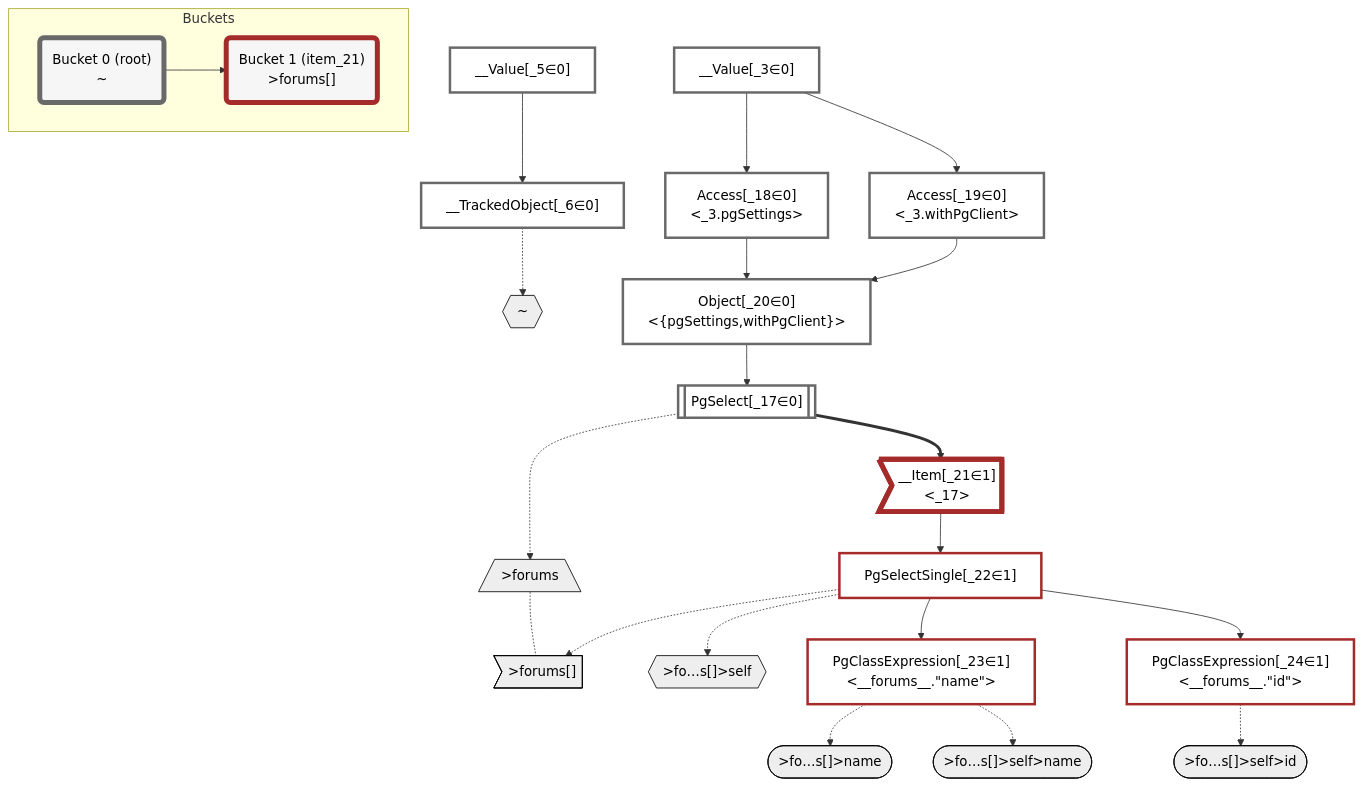
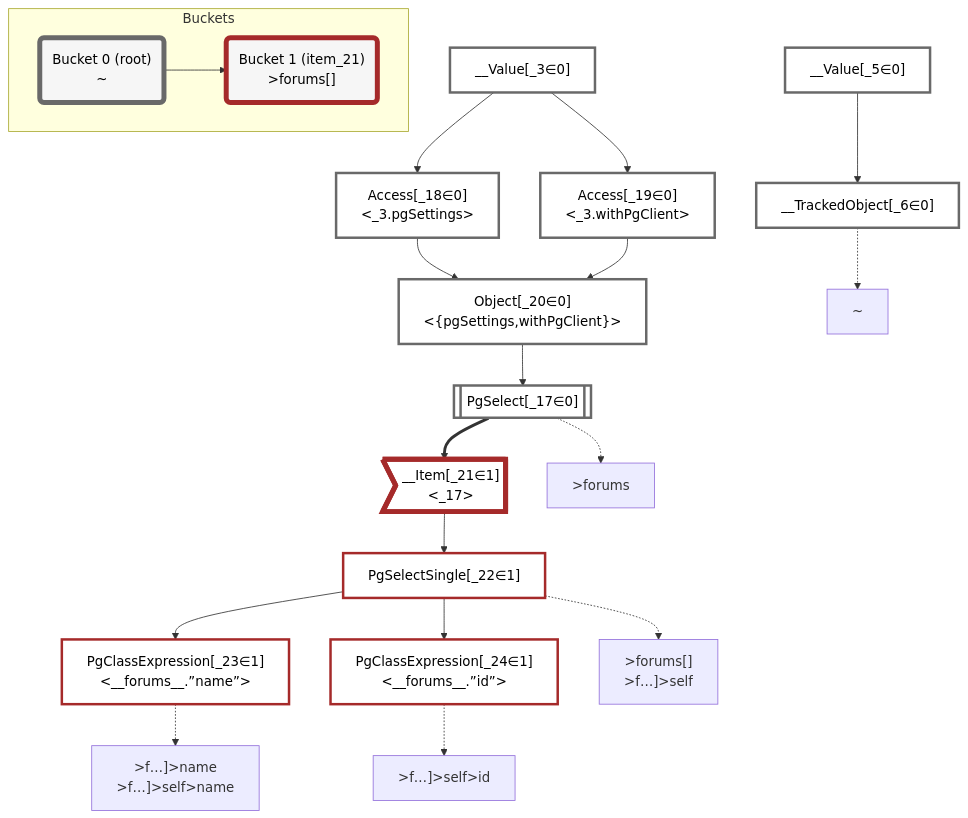
One commit to graphile/crystal changed the diagram in packages/dataplan-pg/__tests__/queries/super-simple/self-reference.mermaid.md. Above: the diagram before and after it, drawn with Mermaid. The commit also changed 195 other files, not shown here.

````diff
--- a/packages/dataplan-pg/__tests__/queries/super-simple/self-reference.mermaid.md
+++ b/packages/dataplan-pg/__tests__/queries/super-simple/self-reference.mermaid.md
@@ -1,72 +1,60 @@
 ```mermaid
 graph TD
     classDef path fill:#eee,stroke:#000,color:#000
     classDef plan fill:#fff,stroke-width:3px,color:#000
     classDef itemplan fill:#fff,stroke-width:6px,color:#000
     classDef sideeffectplan fill:#f00,stroke-width:6px,color:#000
     classDef bucket fill:#f6f6f6,color:#000,stroke-width:6px
 
-    %% subgraph fields
-    P1{{"~"}}:::path
-    P2[/">forums"\]:::path
-    P3>">forums[]"]:::path
-    P2 -.- P3
-    P4([">fo…s[]>name"]):::path
-    %% P3 -.-> P4
-    P5{{">fo…s[]>self"}}:::path
-    P6([">fo…s[]>self>id"]):::path
-    %% P5 -.-> P6
-    P7([">fo…s[]>self>name"]):::path
-    %% P5 -.-> P7
-    %% P3 -.-> P5
-    %% P1 -.-> P2
-    %% end
 
     %% define plans
     __Value_3["__Value[_3∈0]<br /><context>"]:::plan
     __Value_5["__Value[_5∈0]<br /><rootValue>"]:::plan
     __TrackedObject_6["__TrackedObject[_6∈0]"]:::plan
     PgSelect_17[["PgSelect[_17∈0]<br /><forums>"]]:::plan
     Access_18["Access[_18∈0]<br /><_3.pgSettings>"]:::plan
     Access_19["Access[_19∈0]<br /><_3.withPgClient>"]:::plan
     Object_20["Object[_20∈0]<br /><{pgSettings,withPgClient}>"]:::plan
     __Item_21>"__Item[_21∈1]<br /><_17>"]:::itemplan
     PgSelectSingle_22["PgSelectSingle[_22∈1]<br /><forums>"]:::plan
-    PgClassExpression_23["PgClassExpression[_23∈1]<br /><__forums__.#quot;name#quot;>"]:::plan
-    PgClassExpression_24["PgClassExpression[_24∈1]<br /><__forums__.#quot;id#quot;>"]:::plan
+    PgClassExpression_23["PgClassExpression[_23∈1]<br /><__forums__.”name”>"]:::plan
+    PgClassExpression_24["PgClassExpression[_24∈1]<br /><__forums__.”id”>"]:::plan
 
     %% plan dependencies
     __Value_5 --> __TrackedObject_6
     Object_20 --> PgSelect_17
     __Value_3 --> Access_18
     __Value_3 --> Access_19
     Access_18 --> Object_20
     Access_19 --> Object_20
     PgSelect_17 ==> __Item_21
     __Item_21 --> PgSelectSingle_22
     PgSelectSingle_22 --> PgClassExpression_23
     PgSelectSingle_22 --> PgClassExpression_24
 
     %% plan-to-path relationships
+    P1["~"]
     __TrackedObject_6 -.-> P1
+    P2[">forums"]
     PgSelect_17 -.-> P2
+    P3[">forums[]<br />>f…]>self"]
     PgSelectSingle_22 -.-> P3
+    P4[">f…]>name<br />>f…]>self>name"]
     PgClassExpression_23 -.-> P4
-    PgSelectSingle_22 -.-> P5
-    PgClassExpression_24 -.-> P6
-    PgClassExpression_23 -.-> P7
+    P5[">f…]>self>id"]
+    PgClassExpression_24 -.-> P5
 
     %% allocate buckets
     classDef bucket0 stroke:#696969
     class __Value_3,__Value_5,__TrackedObject_6,PgSelect_17,Access_18,Access_19,Object_20 bucket0
     classDef bucket1 stroke:#a52a2a
     class __Item_21,PgSelectSingle_22,PgClassExpression_23,PgClassExpression_24 bucket1
 
     subgraph Buckets
     Bucket0("Bucket 0 (root)<br />~"):::bucket
     style Bucket0 stroke:#696969
     Bucket1("Bucket 1 (item_21)<br />>forums[]"):::bucket
     style Bucket1 stroke:#a52a2a
     Bucket0 --> Bucket1
     end
 ```
````
